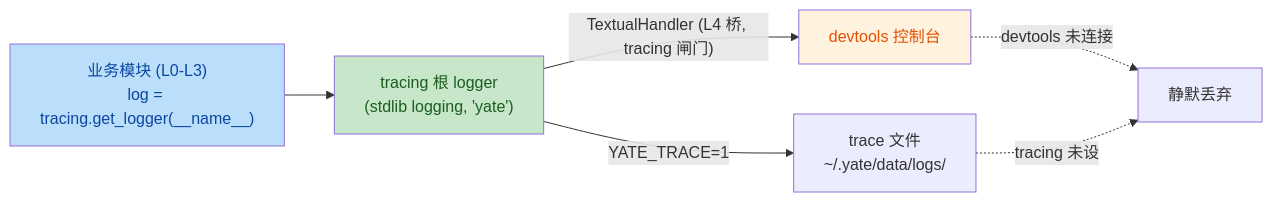
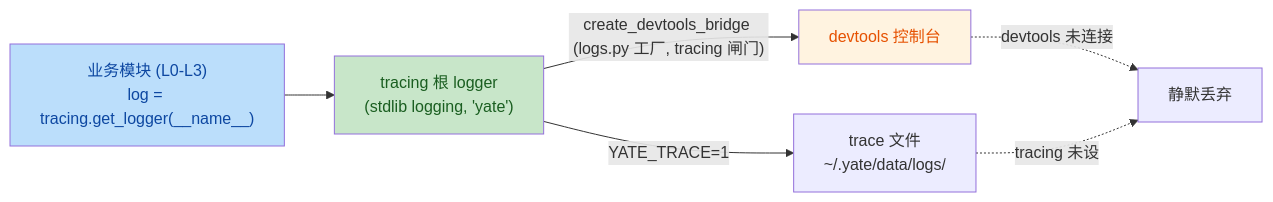
Before and after one commit to BigThxBrigde/yate: the diagram in .trae/rules/architecture-boundaries.md, drawn with Mermaid. The commit also changed other lines of this file and 5 other files, not shown here.

First line of the commit message:
refactor(core): move devtools bridge to logs and externalize screensaver CSS

````diff
--- a/.trae/rules/architecture-boundaries.md
+++ b/.trae/rules/architecture-boundaries.md
@@ -81,11 +84,11 @@
   ```mermaid
   flowchart LR
       A["业务模块 (L0-L3)<br/>log = tracing.get_logger(__name__)"] --> B["tracing 根 logger<br/>(stdlib logging, 'yate')"]
       B -->|YATE_TRACE=1| C[trace 文件<br/>~/.yate/data/logs/]
-      B -->|"TextualHandler (L4 桥, tracing 闸门)"| D[devtools 控制台]
+      B -->|"create_devtools_bridge (logs.py 工厂, tracing 闸门)"| D[devtools 控制台]
       D -.->|devtools 未连接| E[静默丢弃]
       C -.->|tracing 未设| E
       style A fill:#bbdefb,color:#0d47a1
       style B fill:#c8e6c9,color:#1a5e20
       style D fill:#fff3e0,color:#e65100
   ```
````
